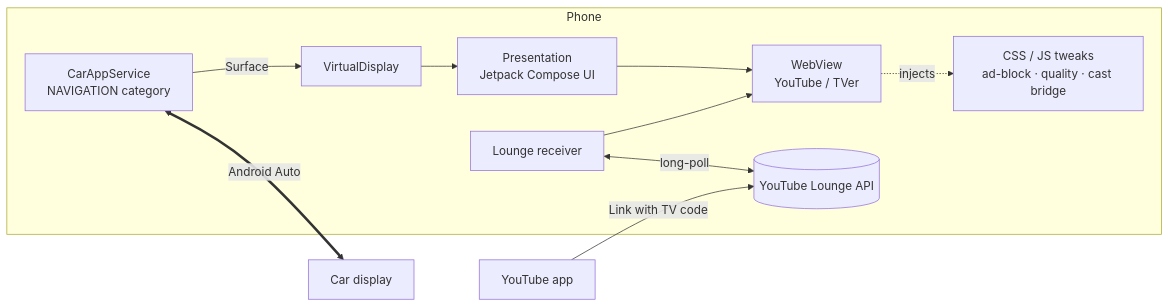
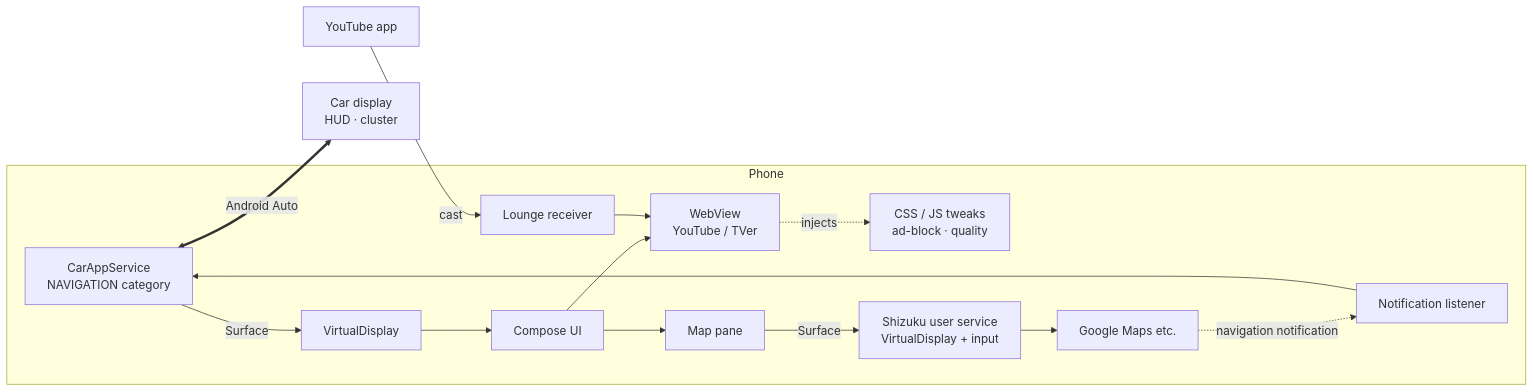
One commit to hirossan4049/aweauto changed the diagram in README.md. Above: the diagram before and after it, drawn with Mermaid. The commit also changed other lines of this file and 4 other files, not shown here.

````diff
--- a/README.md
+++ b/README.md
@@ -70,13 +168,17 @@
 ```mermaid
 flowchart LR
     subgraph Phone
         CAS[CarAppService<br/>NAVIGATION category] -- Surface --> VD[VirtualDisplay]
-        VD --> PR[Presentation<br/>Jetpack Compose UI]
-        PR --> WV[WebView<br/>YouTube / TVer]
-        WV -. injects .-> JS[CSS / JS tweaks<br/>ad-block · quality · cast bridge]
-        LR[Lounge receiver] <-- long-poll --> YT[(YouTube Lounge API)]
-        LR --> WV
+        VD --> UI[Compose UI]
+        UI --> WV[WebView<br/>YouTube / TVer]
+        WV -. injects .-> JS[CSS / JS tweaks<br/>ad-block · quality]
+        UI --> MP[Map pane]
+        MP -- Surface --> SH[Shizuku user service<br/>VirtualDisplay + input]
+        SH --> MAP[Google Maps etc.]
+        MAP -. navigation notification .-> NL[Notification listener]
+        NL --> CAS
+        LR[Lounge receiver] --> WV
     end
-    CAS <== Android Auto ==> HU[Car display]
-    APP[YouTube app] -- Link with TV code --> YT
+    CAS <== Android Auto ==> CAR[Car display<br/>HUD · cluster]
+    YT[YouTube app] -- cast --> LR
 ```
````
